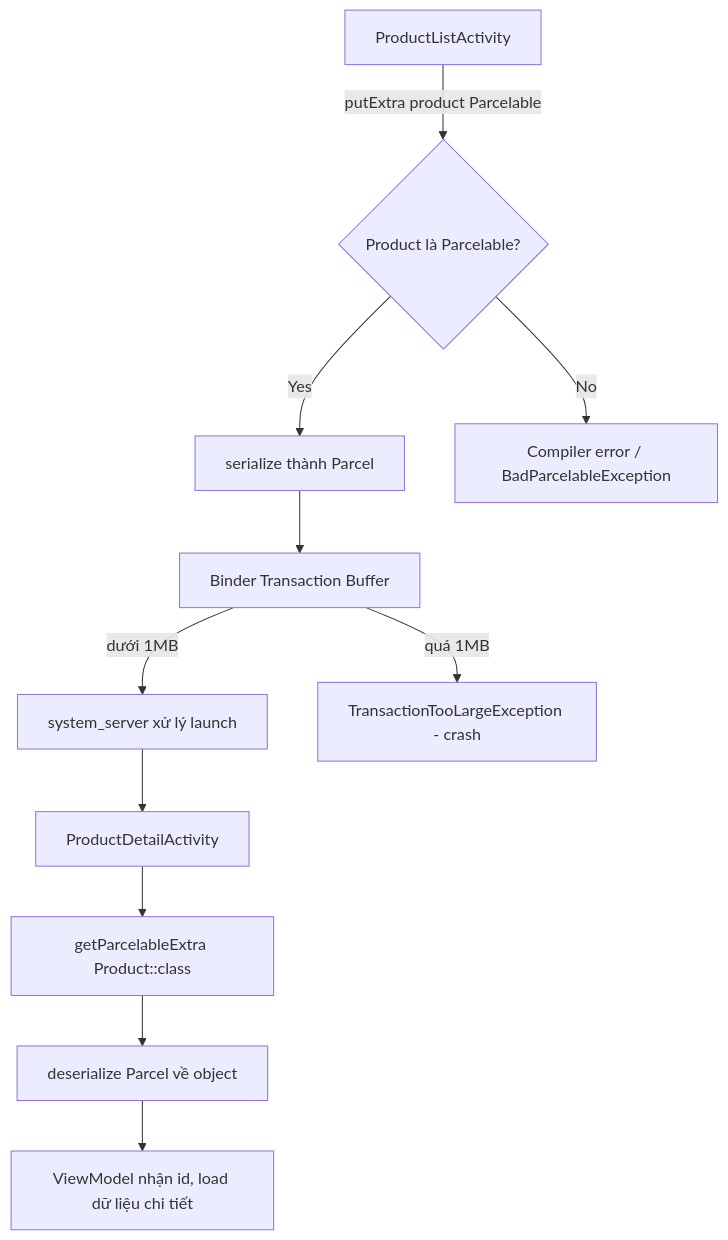
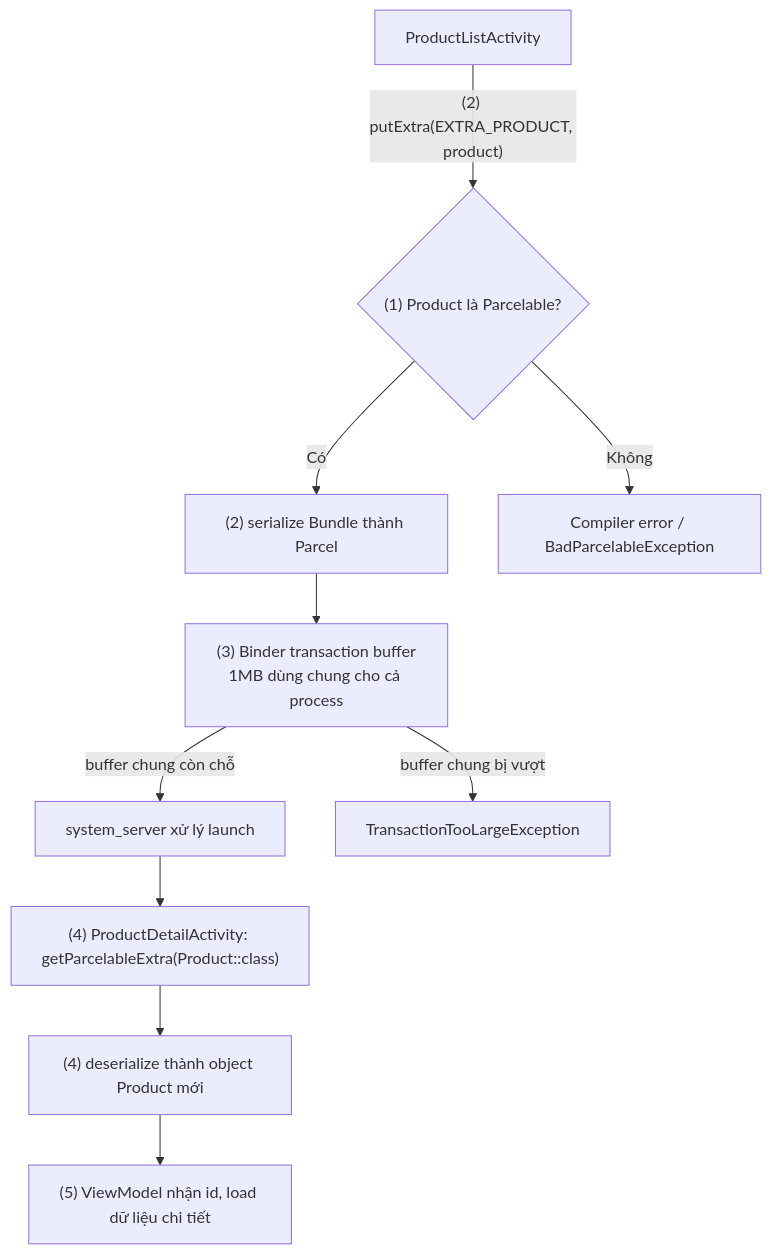
One commit to h1eu/knowledge changed the second of 2 diagrams in knowledge/android/docs/session_04/components/activity/parcelables_and_bundle.md. Above: the diagram before and after it, drawn with Mermaid. The commit also changed other lines of this file and 9 other files, not shown here.

````diff
--- a/knowledge/android/docs/session_04/components/activity/parcelables_and_bundle.md
+++ b/knowledge/android/docs/session_04/components/activity/parcelables_and_bundle.md
@@ -301,13 +299,12 @@
 ```mermaid
 flowchart TD
-    A[ProductListActivity] -->|putExtra product Parcelable| B{Product là Parcelable?}
-    B -->|Yes| C[serialize thành Parcel]
-    B -->|No| D[Compiler error / BadParcelableException]
-    C --> E[Binder Transaction Buffer]
-    E -->|dưới 1MB| F[system_server xử lý launch]
-    E -->|quá 1MB| G[TransactionTooLargeException - crash]
-    F --> H[ProductDetailActivity]
-    H --> I[getParcelableExtra Product::class]
-    I --> J[deserialize Parcel về object]
-    J --> K[ViewModel nhận id, load dữ liệu chi tiết]
+    A[ProductListActivity] -->|"(2) putExtra(EXTRA_PRODUCT, product)"| B{"(1) Product là Parcelable?"}
+    B -->|Có| C["(2) serialize Bundle thành Parcel"]
+    B -->|Không| D[Compiler error / BadParcelableException]
+    C --> E["(3) Binder transaction buffer<br/>1MB dùng chung cho cả process"]
+    E -->|buffer chung còn chỗ| F[system_server xử lý launch]
+    E -->|buffer chung bị vượt| G[TransactionTooLargeException]
+    F --> H["(4) ProductDetailActivity: getParcelableExtra(Product::class)"]
+    H --> J["(4) deserialize thành object Product mới"]
+    J --> K["(5) ViewModel nhận id, load dữ liệu chi tiết"]
 ```
````
